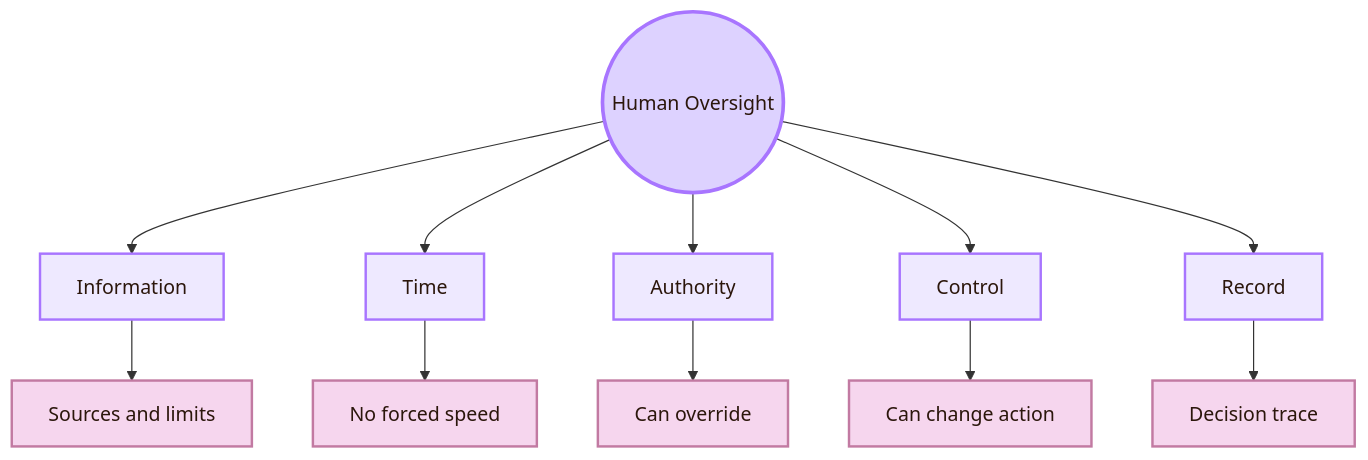
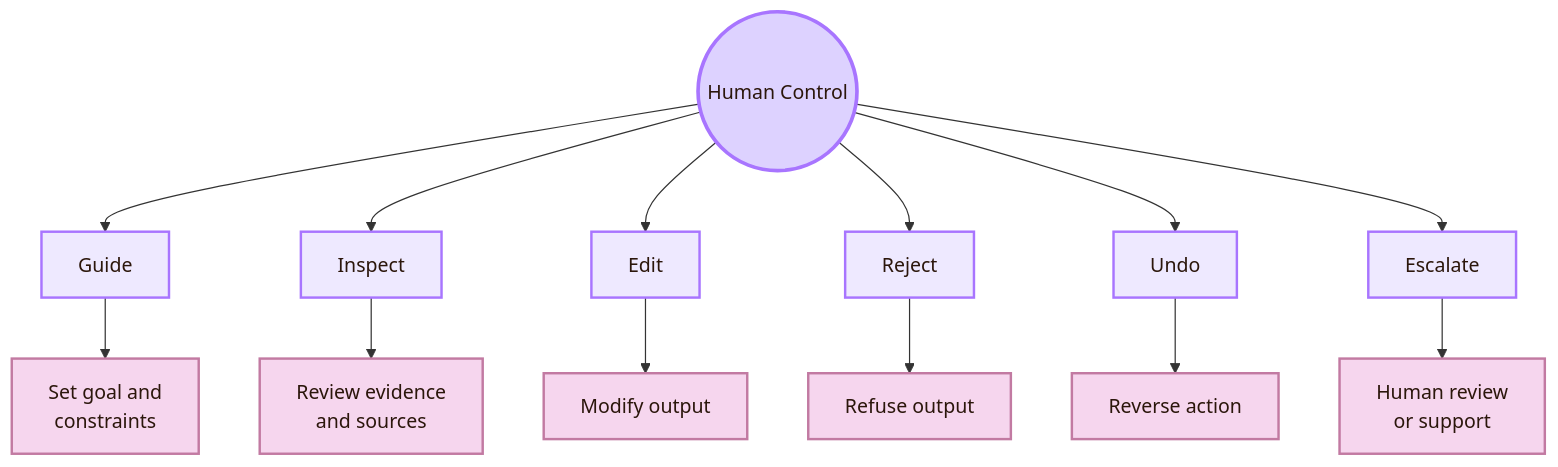
One commit to andreitegzes06-ui/CogniShire changed the fifth of 7 diagrams in 01_Core_Area_HCI/001_Subareas/05_Human_AI_Interaction/Activities/Design.md. Above: the diagram before and after it, drawn with Mermaid. The commit also changed other lines of this file and 131 other files, not shown here.

````diff
--- a/01_Core_Area_HCI/001_Subareas/05_Human_AI_Interaction/Activities/Design.md
+++ b/01_Core_Area_HCI/001_Subareas/05_Human_AI_Interaction/Activities/Design.md
@@ -479,24 +370,26 @@
 ```mermaid
 flowchart TB
-    A((Human Oversight))
+    A((Human Control))
 
-    A --> B[Information]
-    A --> C[Time]
-    A --> D[Authority]
-    A --> E[Control]
-    A --> F[Record]
+    A --> B[Guide]
+    A --> C[Inspect]
+    A --> D[Edit]
+    A --> E[Reject]
+    A --> F[Undo]
+    A --> G[Escalate]
 
-    B --> B1[Sources and limits]
-    C --> C1[No forced speed]
-    D --> D1[Can override]
-    E --> E1[Can change action]
-    F --> F1[Decision trace]
+    B --> B1[Set goal and<br/>constraints]
+    C --> C1[Review evidence<br/>and sources]
+    D --> D1[Modify output]
+    E --> E1[Refuse output]
+    F --> F1[Reverse action]
+    G --> G1[Human review<br/>or support]
 
     classDef center fill:#ddd2ff,stroke:#a875ff,color:#2b160b,stroke-width:3px;
     classDef node fill:#eee9ff,stroke:#a875ff,color:#2b160b,stroke-width:2px;
     classDef detail fill:#f6d6ee,stroke:#c27aa2,color:#2b160b,stroke-width:2px;
 
     class A center;
-    class B,C,D,E,F node;
-    class B1,C1,D1,E1,F1 detail;
+    class B,C,D,E,F,G node;
+    class B1,C1,D1,E1,F1,G1 detail;
 ```
````
